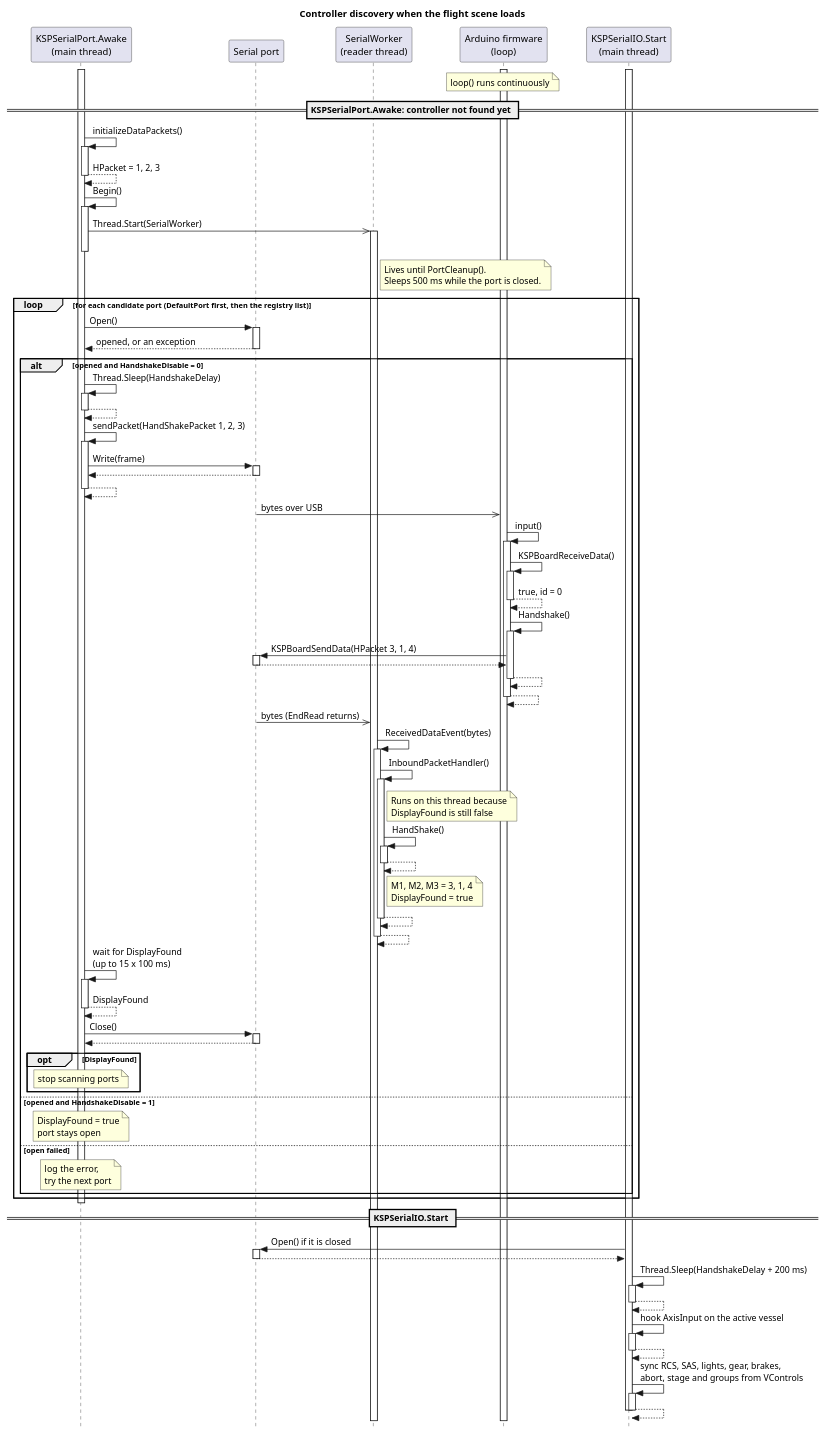
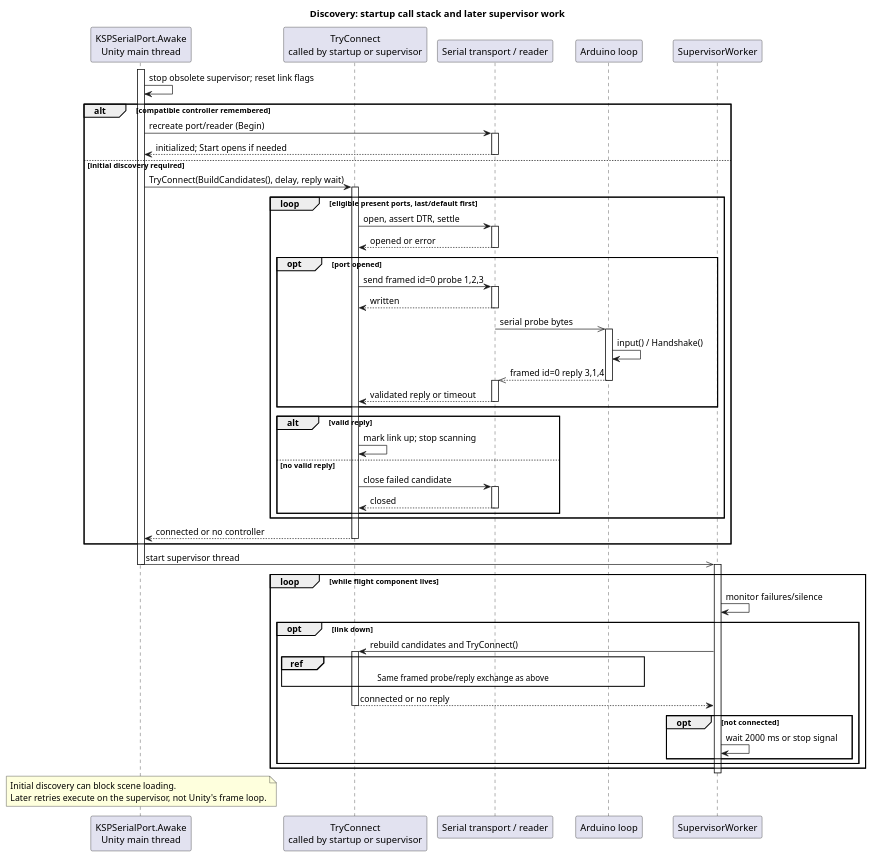
Before and after one commit to AlaNLrdE/KSPKontroller: the diagram in docs/diagrams/seq_discovery.puml, drawn with PlantUML. The commit also changed 43 other files, not shown here.

```diff
--- a/docs/diagrams/seq_discovery.puml
+++ b/docs/diagrams/seq_discovery.puml
@@ -1,92 +1,68 @@
 @startuml seq_discovery
-title Controller discovery when the flight scene loads
-
-skinparam style strictuml
+title Discovery: startup call stack and later supervisor work
 skinparam sequenceMessageAlign left
-skinparam responseMessageBelowArrow true
-
-participant "KSPSerialPort.Awake\n(main thread)" as Awake
-participant "Serial port" as Port
-participant "SerialWorker\n(reader thread)" as Worker
-participant "Arduino firmware\n(loop)" as FW
-participant "KSPSerialIO.Start\n(main thread)" as Start
-
-note over FW : loop() runs continuously
-activate FW
-
-== KSPSerialPort.Awake: controller not found yet ==
+participant "KSPSerialPort.Awake\nUnity main thread" as Awake
+participant "TryConnect\ncalled by startup or supervisor" as Connect
+participant "Serial transport / reader" as Port
+participant "Arduino loop" as FW
+participant "SupervisorWorker" as Supervisor
 activate Awake
-Awake -> Awake ++ : initializeDataPackets()
-return HPacket = 1, 2, 3
-
-Awake -> Awake ++ : Begin()
-Awake ->> Worker : Thread.Start(SerialWorker)
-activate Worker
-note right of Worker
-  Lives until PortCleanup().
-  Sleeps 500 ms while the port is closed.
-end note
+Awake -> Awake : stop obsolete supervisor; reset link flags
+alt compatible controller remembered
+  Awake -> Port : recreate port/reader (Begin)
+  activate Port
+  Port --> Awake : initialized; Start opens if needed
+  deactivate Port
+else initial discovery required
+  Awake -> Connect : TryConnect(BuildCandidates(), delay, reply wait)
+  activate Connect
+  loop eligible present ports, last/default first
+    Connect -> Port : open, assert DTR, settle
+    activate Port
+    Port --> Connect : opened or error
+    deactivate Port
+    opt port opened
+      Connect -> Port : send framed id=0 probe 1,2,3
+      activate Port
+      Port --> Connect : written
+      deactivate Port
+      Port ->> FW : serial probe bytes
+      activate FW
+      FW -> FW : input() / Handshake()
+      FW -->> Port : framed id=0 reply 3,1,4
+      deactivate FW
+      activate Port
+      Port --> Connect : validated reply or timeout
+      deactivate Port
+    end
+    alt valid reply
+      Connect -> Connect : mark link up; stop scanning
+    else no valid reply
+      Connect -> Port : close failed candidate
+      activate Port
+      Port --> Connect : closed
+      deactivate Port
+    end
+  end
+  Connect --> Awake : connected or no controller
+  deactivate Connect
+end
+Awake ->> Supervisor : start supervisor thread
 deactivate Awake
-
-loop for each candidate port (DefaultPort first, then the registry list)
-  Awake -> Port ++ : Open()
-  return opened, or an exception
-
-  alt opened and HandshakeDisable = 0
-    Awake -> Awake ++ : Thread.Sleep(HandshakeDelay)
-    return
-
-    Awake -> Awake ++ : sendPacket(HandShakePacket 1, 2, 3)
-    Awake -> Port ++ : Write(frame)
-    return
-    return
-
-    Port ->> FW : bytes over USB
-    FW -> FW ++ : input()
-    FW -> FW ++ : KSPBoardReceiveData()
-    return true, id = 0
-    FW -> FW ++ : Handshake()
-    FW -> Port ++ : KSPBoardSendData(HPacket 3, 1, 4)
-    return
-    return
-    return
-
-    Port ->> Worker : bytes (EndRead returns)
-    Worker -> Worker ++ : ReceivedDataEvent(bytes)
-    Worker -> Worker ++ : InboundPacketHandler()
-    note right of Worker : Runs on this thread because\nDisplayFound is still false
-    Worker -> Worker ++ : HandShake()
-    return
-    note right of Worker : M1, M2, M3 = 3, 1, 4\nDisplayFound = true
-    return
-    return
-
-    Awake -> Awake ++ : wait for DisplayFound\n(up to 15 x 100 ms)
-    return DisplayFound
-
-    Awake -> Port ++ : Close()
-    return
-
-    opt DisplayFound
-      note over Awake : stop scanning ports
+activate Supervisor
+loop while flight component lives
+  Supervisor -> Supervisor : monitor failures/silence
+  opt link down
+    Supervisor -> Connect : rebuild candidates and TryConnect()
+    activate Connect
+    ref over Connect, FW : Same framed probe/reply exchange as above
+    Connect --> Supervisor : connected or no reply
+    deactivate Connect
+    opt not connected
+      Supervisor -> Supervisor : wait 2000 ms or stop signal
     end
-  else opened and HandshakeDisable = 1
-    note over Awake : DisplayFound = true\nport stays open
-  else open failed
-    note over Awake : log the error,\ntry the next port
   end
 end
-deactivate Awake
-
-== KSPSerialIO.Start ==
-activate Start
-Start -> Port ++ : Open() if it is closed
-return
-Start -> Start ++ : Thread.Sleep(HandshakeDelay + 200 ms)
-return
-Start -> Start ++ : hook AxisInput on the active vessel
-return
-Start -> Start ++ : sync RCS, SAS, lights, gear, brakes,\nabort, stage and groups from VControls
-return
-deactivate Start
+deactivate Supervisor
+note over Awake : Initial discovery can block scene loading.\nLater retries execute on the supervisor, not Unity's frame loop.
 @enduml
```
